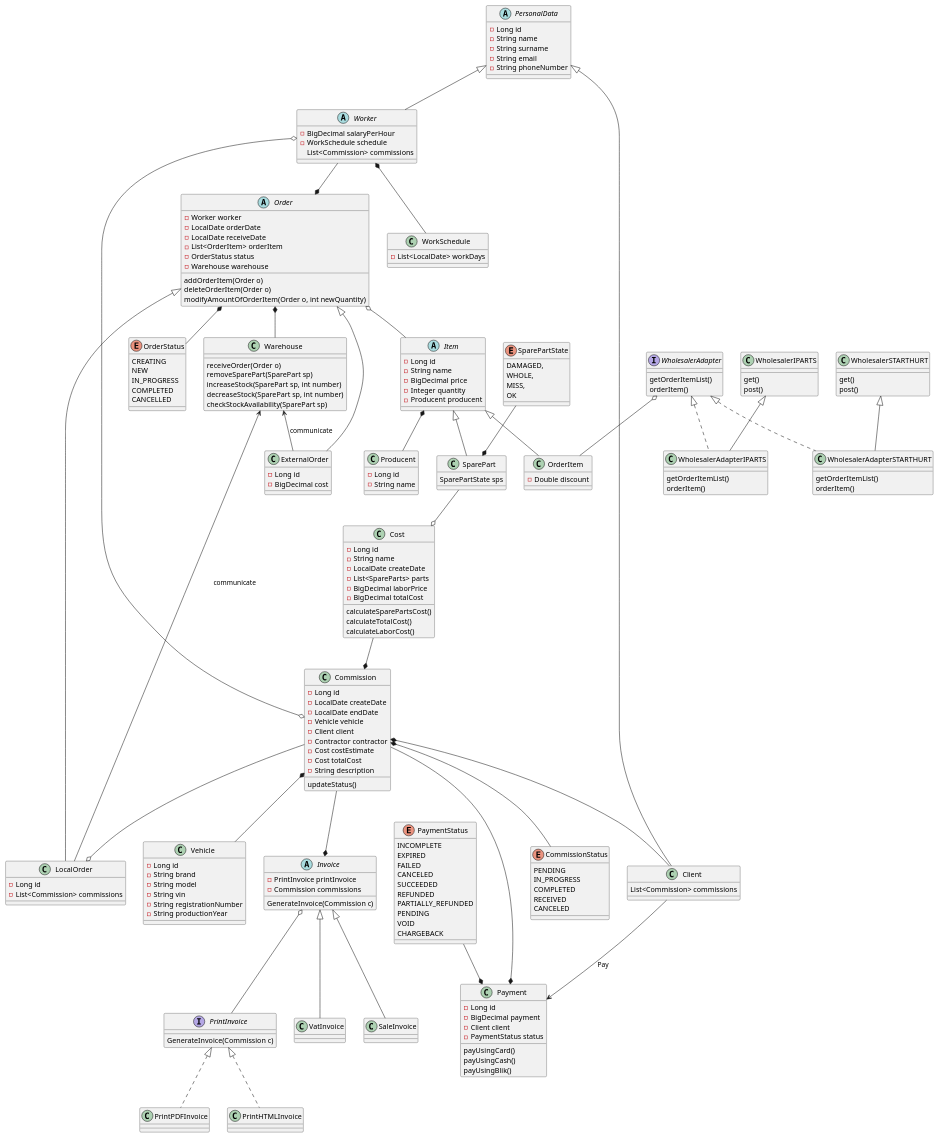
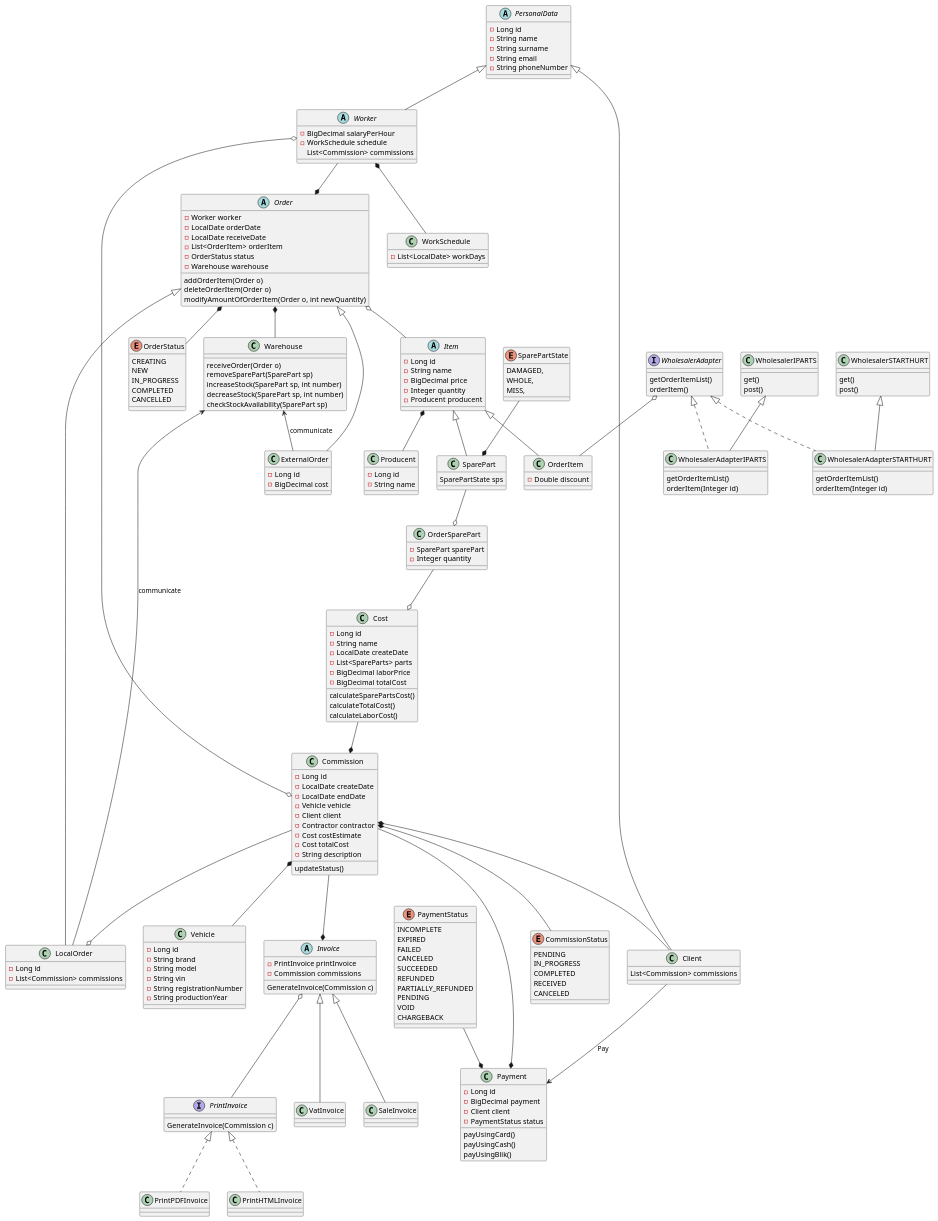
Before and after one commit to WojciechGos/Car-Service: the diagram in CarService/src/main/java/com/carservice/CarService/scifi.puml, drawn with PlantUML. The commit also changed 23 other files, not shown here.

```diff
--- a/CarService/src/main/java/com/carservice/CarService/scifi.puml
+++ b/CarService/src/main/java/com/carservice/CarService/scifi.puml
@@ -103,7 +103,6 @@
     DAMAGED,
     WHOLE,
     MISS,
-    OK
 }
 
 
@@ -157,7 +156,7 @@
 
 class WholesalerAdapterIPARTS extends WholesalerIPARTS implements WholesalerAdapter{
     getOrderItemList()
-    orderItem()
+    orderItem(Integer id)
 }
 
 class WholesalerSTARTHURT {
@@ -167,7 +166,7 @@
 
 class WholesalerAdapterSTARTHURT extends WholesalerSTARTHURT implements WholesalerAdapter{
     getOrderItemList()
-    orderItem()
+    orderItem(Integer id)
 }
 
 WholesalerAdapter o-- OrderItem
@@ -214,13 +213,18 @@
     payUsingBlik()
 }
 
+class OrderSparePart {
+    - SparePart sparePart
+    - Integer quantity
+}
+
 Client --> Payment : "Pay"
 PaymentStatus --* Payment
 
 Warehouse <-- ExternalOrder : "communicate"
 Warehouse <-- LocalOrder : "communicate"
 
-SparePart --o Cost
+OrderSparePart --o Cost
 Cost --* Commission
 
 SparePartState --* SparePart
@@ -245,5 +249,7 @@
 Invoice o-- PrintInvoice
 Commission --* Invoice
 
+SparePart --o OrderSparePart
+
 
 @enduml
```
